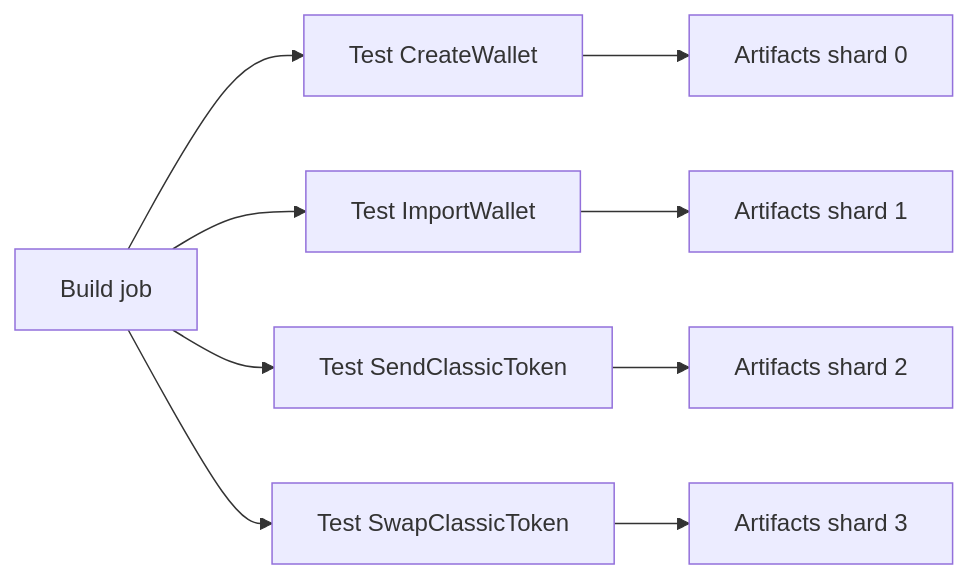
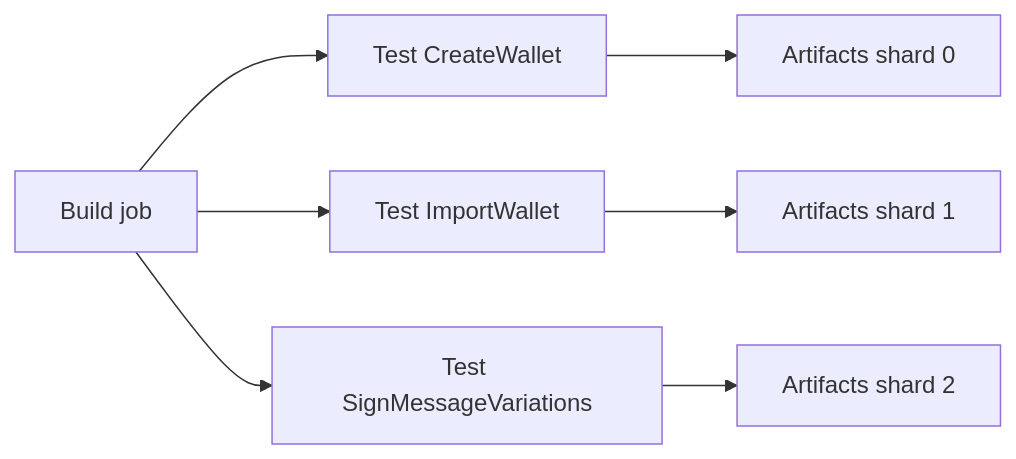
The second of 2 diagrams in e2e/docs/ci-and-triggers.md (stellar/freighter-mobile), drawn with Mermaid before and after one commit. The commit also changed other lines of this file and 8 other files, not shown here.

````diff
--- a/e2e/docs/ci-and-triggers.md
+++ b/e2e/docs/ci-and-triggers.md
@@ -37,11 +37,9 @@
 ```mermaid
 flowchart LR
   BUILD[Build job] --> A[Test CreateWallet]
   BUILD --> B[Test ImportWallet]
-  BUILD --> C[Test SendClassicToken]
-  BUILD --> D[Test SwapClassicToken]
+  BUILD --> C[Test SignMessageVariations]
   A --> ART_A[Artifacts shard 0]
   B --> ART_B[Artifacts shard 1]
   C --> ART_C[Artifacts shard 2]
-  D --> ART_D[Artifacts shard 3]
 ```
````
